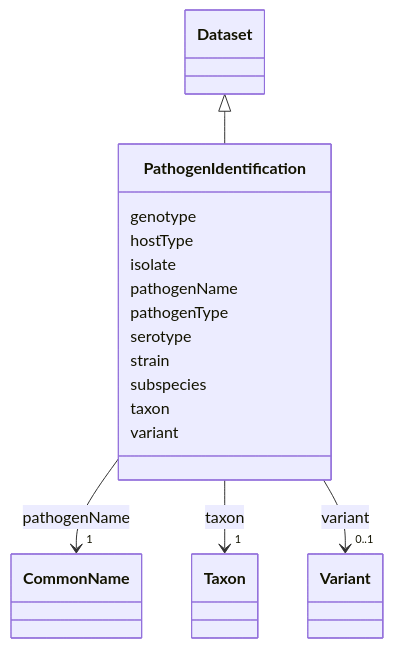
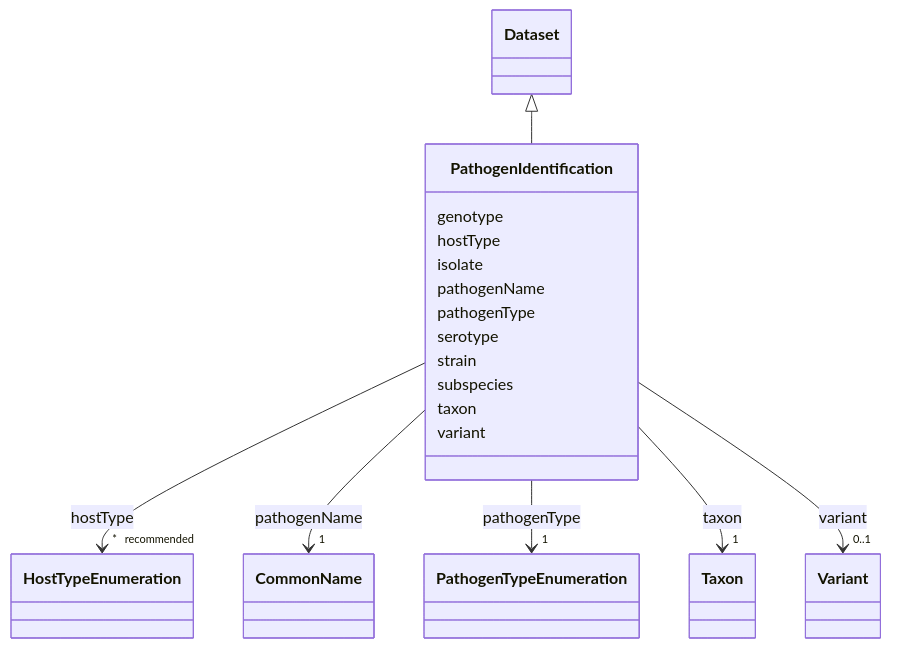
Before and after one commit to EVORA-project/evora-ontology: the diagram in models/docs/PathogenIdentification.md, drawn with Mermaid. The commit also changed other lines of this file and 189 other files, not shown here.

````diff
--- a/models/docs/PathogenIdentification.md
+++ b/models/docs/PathogenIdentification.md
@@ -19,50 +19,64 @@
 ```mermaid
  classDiagram
     class PathogenIdentification
     click PathogenIdentification href "../PathogenIdentification"
       Dataset <|-- PathogenIdentification
         click Dataset href "../Dataset"
       
       PathogenIdentification : genotype
         
       PathogenIdentification : hostType
+        
+          
+    
+    
+    PathogenIdentification --> "* _recommended_" HostTypeEnumeration : hostType
+    click HostTypeEnumeration href "../HostTypeEnumeration"
+
         
       PathogenIdentification : isolate
         
       PathogenIdentification : pathogenName
         
           
     
     
     PathogenIdentification --> "1" CommonName : pathogenName
     click CommonName href "../CommonName"
 
         
       PathogenIdentification : pathogenType
+        
+          
+    
+    
+    PathogenIdentification --> "1" PathogenTypeEnumeration : pathogenType
+    click PathogenTypeEnumeration href "../PathogenTypeEnumeration"
+
         
       PathogenIdentification : serotype
         
       PathogenIdentification : strain
         
       PathogenIdentification : subspecies
         
       PathogenIdentification : taxon
         
           
     
     
     PathogenIdentification --> "1" Taxon : taxon
     click Taxon href "../Taxon"
 
         
       PathogenIdentification : variant
         
           
     
     
     PathogenIdentification --> "0..1" Variant : variant
     click Variant href "../Variant"
 
         
       
 ```
````
